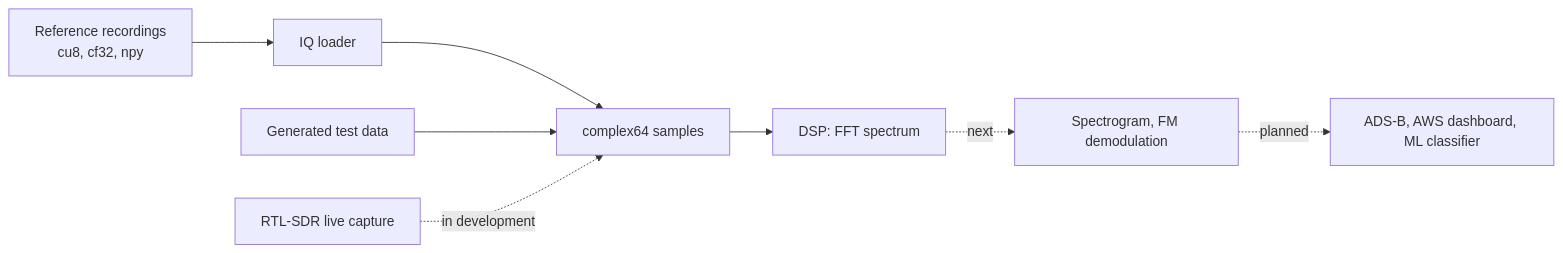
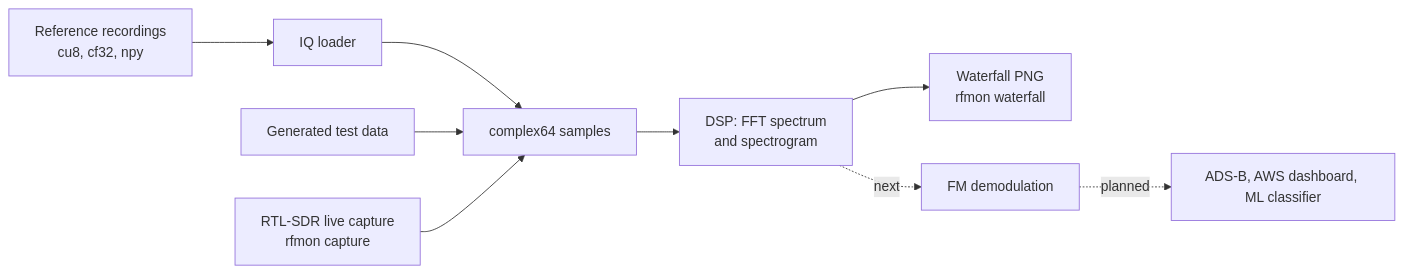
Before and after one commit to grandmas-code-mill/pi-rf-monitor: the diagram in README.md, drawn with Mermaid. The commit also changed other lines of this file and 2 other files, not shown here.

````diff
--- a/README.md
+++ b/README.md
@@ -26,10 +41,11 @@
 ```mermaid
 flowchart LR
     A[Reference recordings<br/>cu8, cf32, npy] --> L[IQ loader]
     L --> S[complex64 samples]
     G[Generated test data] --> S
-    C[RTL-SDR live capture] -.->|in development| S
-    S --> D[DSP: FFT spectrum]
-    D -.->|next| N[Spectrogram, FM demodulation]
+    C[RTL-SDR live capture<br/>rfmon capture] --> S
+    S --> D[DSP: FFT spectrum<br/>and spectrogram]
+    D --> W[Waterfall PNG<br/>rfmon waterfall]
+    D -.->|next| N[FM demodulation]
     N -.->|planned| F[ADS-B, AWS dashboard, ML classifier]
 ```
````
